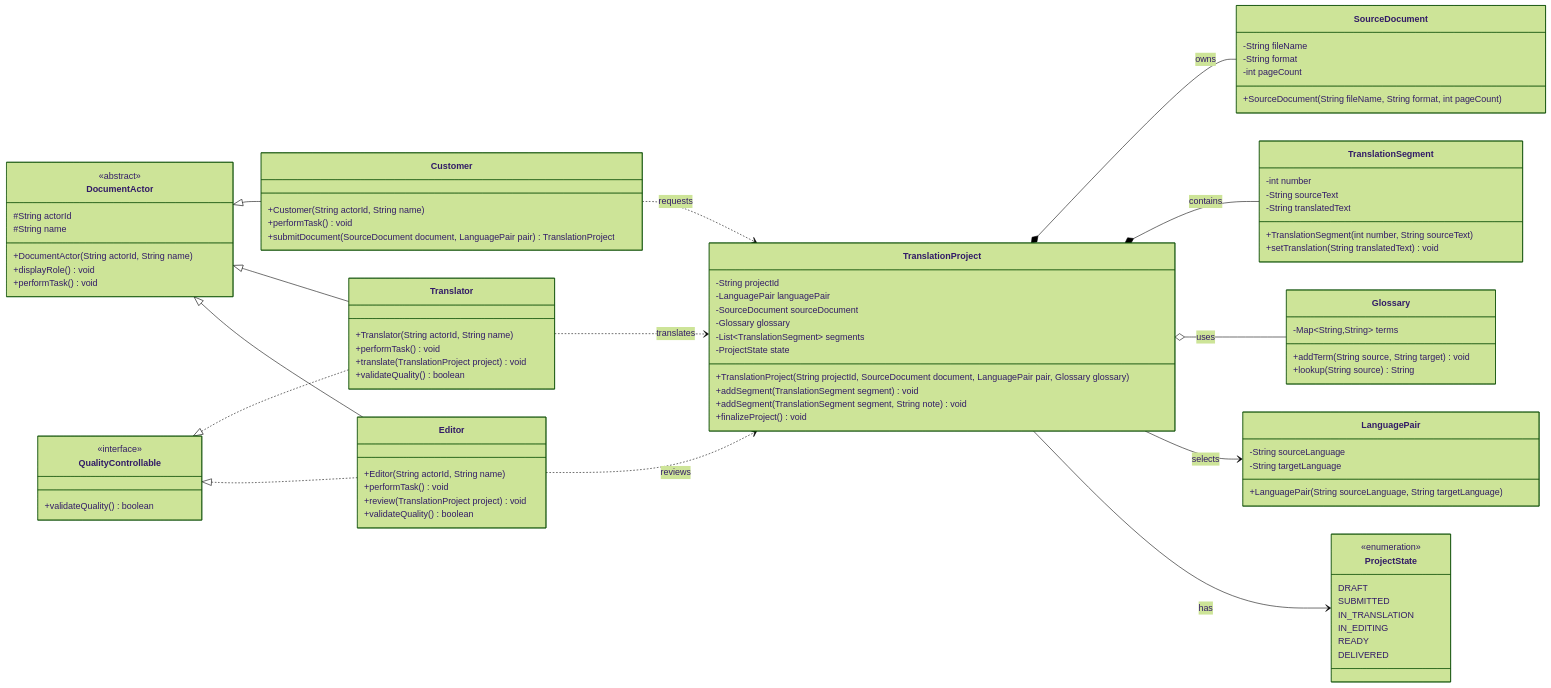
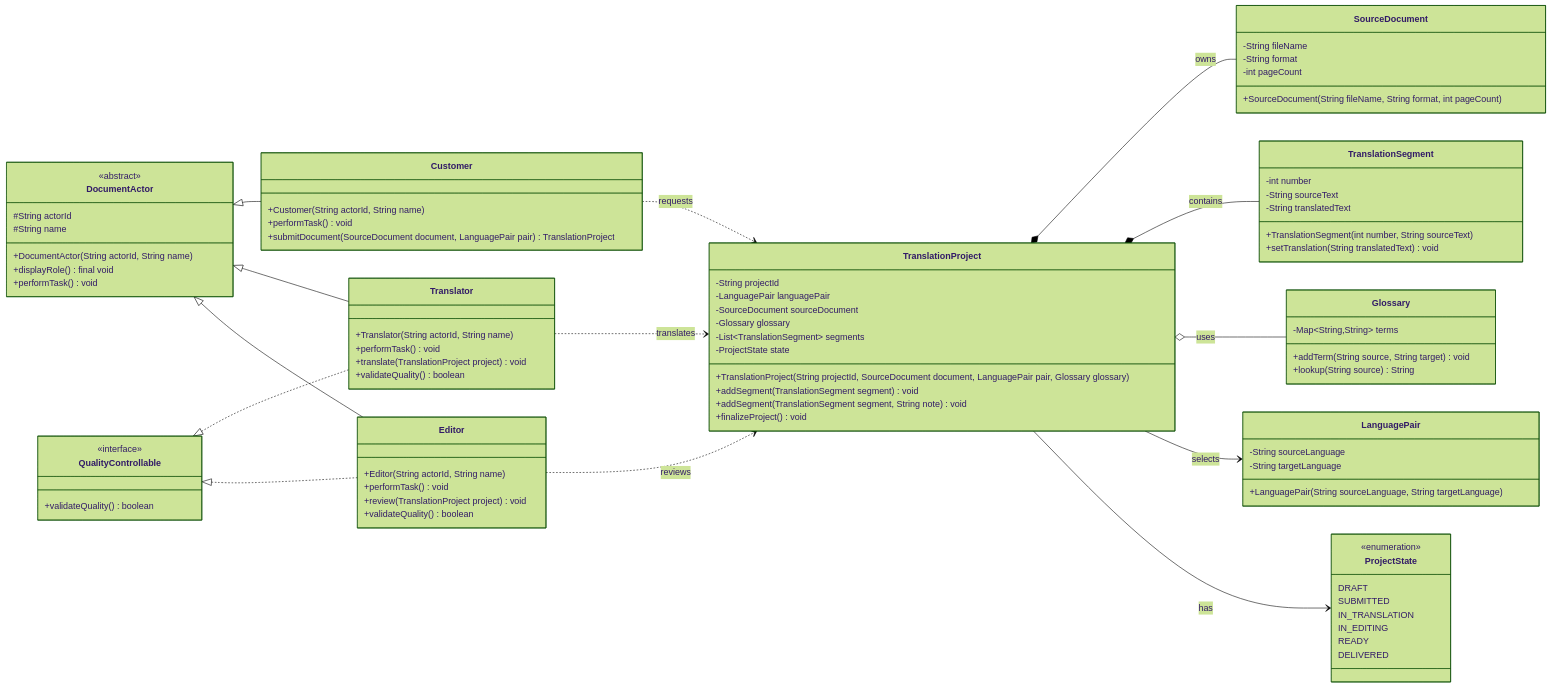
The diagram in docs/class.mmd (tetoraillia/translationservice), drawn with Mermaid (forest theme) before and after one commit. The commit also changed 7 other files, not shown here.

Commit message:
Complete diagram verification and evidence

```diff
--- a/docs/class.mmd
+++ b/docs/class.mmd
@@ -1,102 +1,102 @@
 classDiagram
 direction LR
 
 class DocumentActor {
   <<abstract>>
   #String actorId
   #String name
   +DocumentActor(String actorId, String name)
-  +displayRole() void
+  +displayRole() final void
   +performTask() void
 }
 
 class Customer {
   +Customer(String actorId, String name)
   +performTask() void
   +submitDocument(SourceDocument document, LanguagePair pair) TranslationProject
 }
 
 class Translator {
   +Translator(String actorId, String name)
   +performTask() void
   +translate(TranslationProject project) void
   +validateQuality() boolean
 }
 
 class Editor {
   +Editor(String actorId, String name)
   +performTask() void
   +review(TranslationProject project) void
   +validateQuality() boolean
 }
 
 class QualityControllable {
   <<interface>>
   +validateQuality() boolean
 }
 
 class TranslationProject {
   -String projectId
   -LanguagePair languagePair
   -SourceDocument sourceDocument
   -Glossary glossary
   -List~TranslationSegment~ segments
   -ProjectState state
   +TranslationProject(String projectId, SourceDocument document, LanguagePair pair, Glossary glossary)
   +addSegment(TranslationSegment segment) void
   +addSegment(TranslationSegment segment, String note) void
   +finalizeProject() void
 }
 
 class SourceDocument {
   -String fileName
   -String format
   -int pageCount
   +SourceDocument(String fileName, String format, int pageCount)
 }
 
 class LanguagePair {
   -String sourceLanguage
   -String targetLanguage
   +LanguagePair(String sourceLanguage, String targetLanguage)
 }
 
 class Glossary {
   -Map~String,String~ terms
   +addTerm(String source, String target) void
   +lookup(String source) String
 }
 
 class TranslationSegment {
   -int number
   -String sourceText
   -String translatedText
   +TranslationSegment(int number, String sourceText)
   +setTranslation(String translatedText) void
 }
 
 class ProjectState {
   <<enumeration>>
   DRAFT
   SUBMITTED
   IN_TRANSLATION
   IN_EDITING
   READY
   DELIVERED
 }
 
 DocumentActor <|-- Customer
 DocumentActor <|-- Translator
 DocumentActor <|-- Editor
 QualityControllable <|.. Translator
 QualityControllable <|.. Editor
 TranslationProject *-- SourceDocument : owns
 TranslationProject *-- TranslationSegment : contains
 TranslationProject o-- Glossary : uses
 TranslationProject --> LanguagePair : selects
 TranslationProject --> ProjectState : has
 Translator ..> TranslationProject : translates
 Editor ..> TranslationProject : reviews
 Customer ..> TranslationProject : requests
 
 %% displayRole() is final in the Java design; performTask() is overridden by each concrete actor.
```
